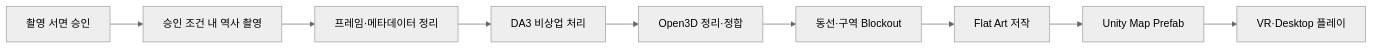
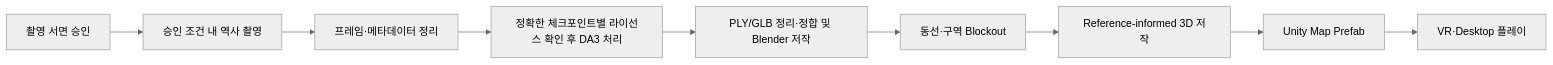
One commit to xrlab-dau/CHOOGuard changed the third of 4 diagrams in docs/choo-guard-platform-architecture-v4.md. Above: the diagram before and after it, drawn with Mermaid (neutral theme). The commit also changed other lines of this file and 774 other files, not shown here.

````diff
--- a/docs/choo-guard-platform-architecture-v4.md
+++ b/docs/choo-guard-platform-architecture-v4.md
@@ -201,11 +201,11 @@
 ```mermaid
 flowchart LR
   APPROVAL[촬영 서면 승인] --> CAP[승인 조건 내 역사 촬영]
   CAP --> INGEST[프레임·메타데이터 정리]
-  INGEST --> DA3[DA3 비상업 처리]
-  DA3 --> O3D[Open3D 정리·정합]
+  INGEST --> DA3[정확한 체크포인트별 라이선스 확인 후 DA3 처리]
+  DA3 --> O3D[PLY/GLB 정리·정합 및 Blender 저작]
   O3D --> BLOCK[동선·구역 Blockout]
-  BLOCK --> FLAT[Flat Art 저작]
+  BLOCK --> FLAT[Reference-informed 3D 저작]
   FLAT --> UNITY[Unity Map Prefab]
   UNITY --> PLAY[VR·Desktop 플레이]
 ```
````
